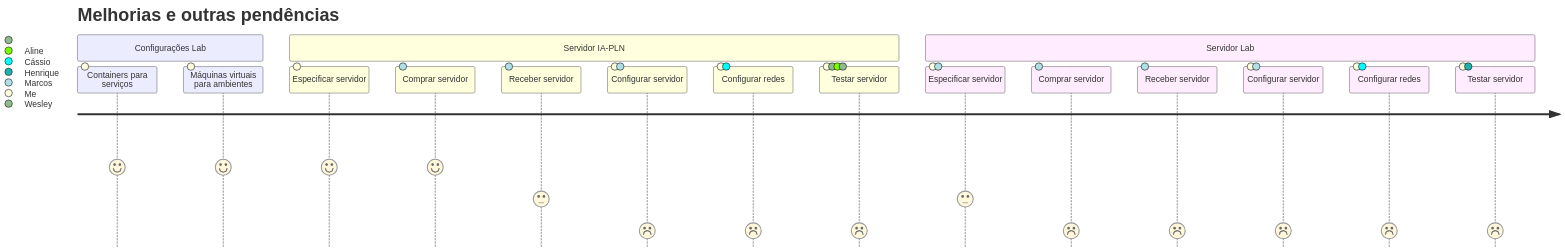
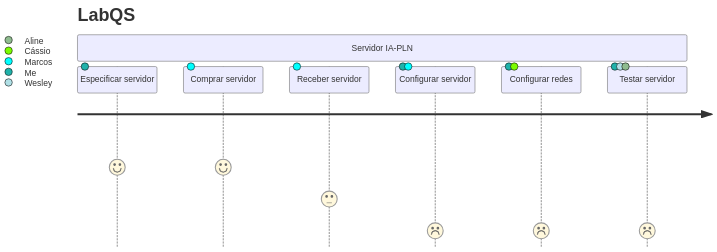
Before and after one commit to LabQS-ITA/cloud: the sixth of 7 diagrams in xen/README.md, drawn with Mermaid. The commit also changed other lines of this file, not shown here.

Commit message:
ajustes visuais

````diff
--- a/xen/README.md
+++ b/xen/README.md
@@ -414,21 +423,11 @@
 ```mermaid
 journey
-    title Melhorias e outras pendências
-    section Configurações Lab
-        Containers para serviços: 5: Me
-        Máquinas virtuais para ambientes: 5: Me
+    title LabQS
     section Servidor IA-PLN
         Especificar servidor: 5: Me
         Comprar servidor: 5: Marcos
         Receber servidor: 3: Marcos
         Configurar servidor: 1: Me, Marcos
         Configurar redes: 1: Me, Cássio
-        Testar servidor: 1: Me, Wesley, Aline,
-    section Servidor Lab
-        Especificar servidor: 3: Me, Marcos
-        Comprar servidor: 1: Marcos
-        Receber servidor: 1: Marcos
-        Configurar servidor: 1: Me, Marcos
-        Configurar redes: 1: Me, Cássio
-        Testar servidor: 1: Me, Henrique
+        Testar servidor: 1: Me, Wesley, Aline
 ```
````
